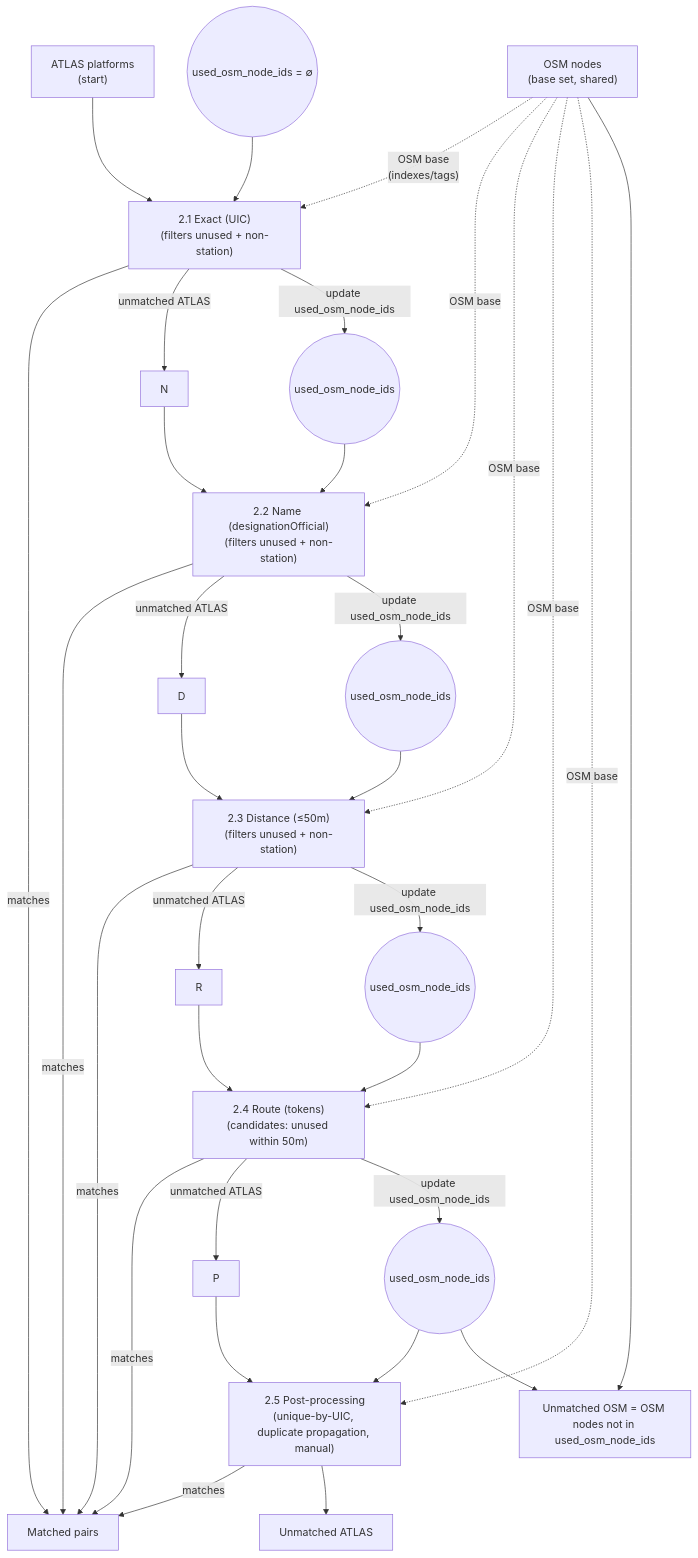
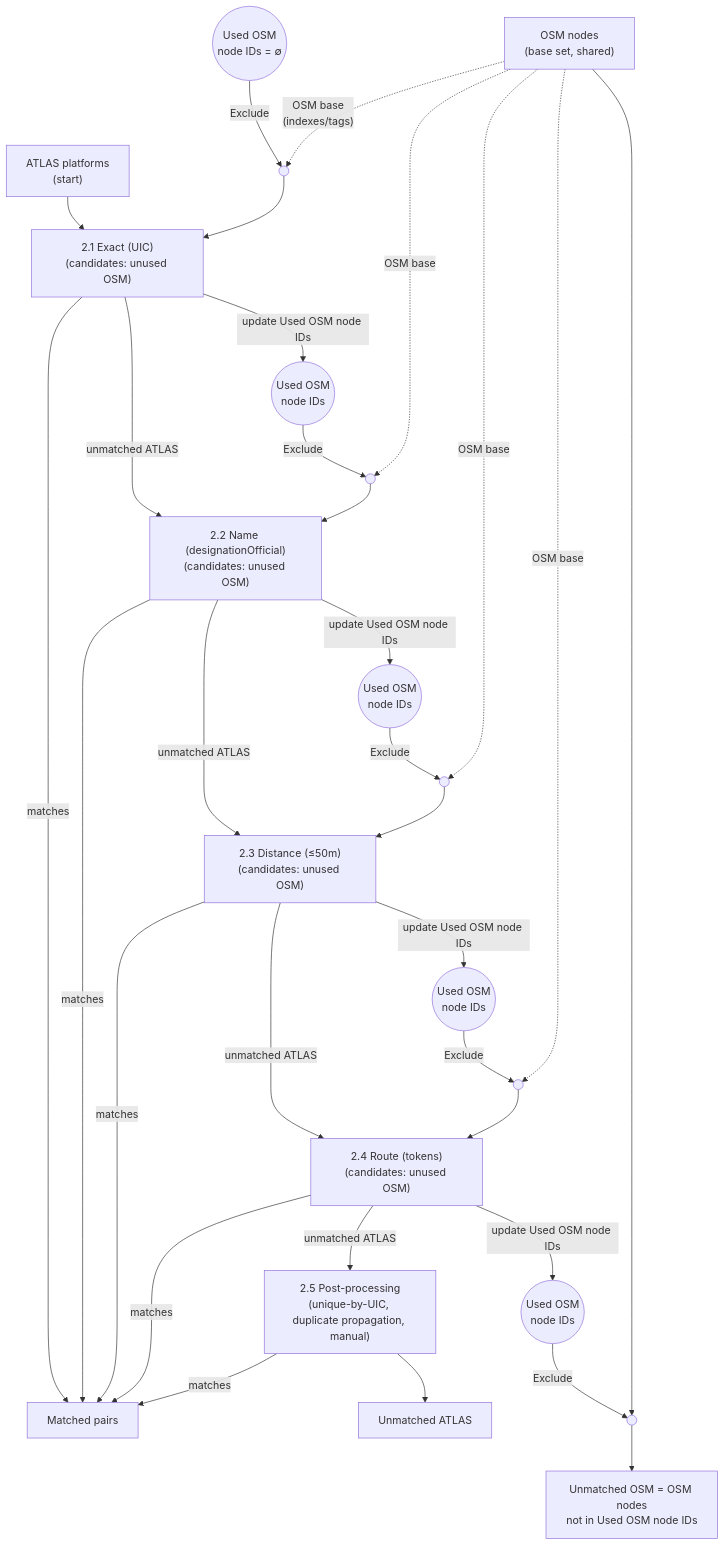
One commit to openTdataCH/stop_sync_osm_atlas changed the diagram in documentation/2. Matching process.md. Above: the diagram before and after it, drawn with Mermaid. The commit also changed 6 other files, not shown here.

````diff
--- a/documentation/2. Matching process.md
+++ b/documentation/2. Matching process.md
@@ -33,49 +33,54 @@
 ```mermaid
 flowchart TB
     A0["ATLAS platforms<br/>(start)"]
     O0["OSM nodes<br/>(base set, shared)"]
-    U0(("used_osm_node_ids = ∅"))
+    U0(("Used OSM<br/>node IDs = ∅"))
 
     A0 --> E
-    O0 -.->|"OSM base<br/>(indexes/tags)"| E
-    U0 --> E
-    E["2.1 Exact (UIC)<br/>(filters unused + non-station)"]
+    
+    O0 -.->|"OSM base<br/>(indexes/tags)"| F1(( ))
+    U0 -->|"Exclude"| F1
+    F1 --> E
+
+    E["2.1 Exact (UIC)<br/>(candidates: unused OSM)"]
     E -->|"matches"| M
-    E -->|"unmatched ATLAS"| N
-    E -->|"update used_osm_node_ids"| U1(("used_osm_node_ids"))
+    E -->|"unmatched ATLAS"| NM
+    E -->|"update Used OSM node IDs"| U1(("Used OSM<br/>node IDs"))
 
-    N --> NM
-    O0 -.->|"OSM base"| NM
-    U1 --> NM
-    NM["2.2 Name (designationOfficial)<br/>(filters unused + non-station)"]
+    O0 -.->|"OSM base"| F2(( ))
+    U1 -->|"Exclude"| F2
+    F2 --> NM
+
+    NM["2.2 Name (designationOfficial)<br/>(candidates: unused OSM)"]
     NM -->|"matches"| M
-    NM -->|"unmatched ATLAS"| D
-    NM -->|"update used_osm_node_ids"| U2(("used_osm_node_ids"))
+    NM -->|"unmatched ATLAS"| DM
+    NM -->|"update Used OSM node IDs"| U2(("Used OSM<br/>node IDs"))
 
-    D --> DM
-    O0 -.->|"OSM base"| DM
-    U2 --> DM
-    DM["2.3 Distance (≤50m)<br/>(filters unused + non-station)"]
+    O0 -.->|"OSM base"| F3(( ))
+    U2 -->|"Exclude"| F3
+    F3 --> DM
+
+    DM["2.3 Distance (≤50m)<br/>(candidates: unused OSM)"]
     DM -->|"matches"| M
-    DM -->|"unmatched ATLAS"| R
-    DM -->|"update used_osm_node_ids"| U3(("used_osm_node_ids"))
+    DM -->|"unmatched ATLAS"| RM
+    DM -->|"update Used OSM node IDs"| U3(("Used OSM<br/>node IDs"))
 
-    R --> RM
-    O0 -.->|"OSM base"| RM
-    U3 --> RM
-    RM["2.4 Route (tokens)<br/>(candidates: unused within 50m)"]
+    O0 -.->|"OSM base"| F4(( ))
+    U3 -->|"Exclude"| F4
+    F4 --> RM
+
+    RM["2.4 Route (tokens)<br/>(candidates: unused OSM)"]
     RM -->|"matches"| M
-    RM -->|"unmatched ATLAS"| P
-    RM -->|"update used_osm_node_ids"| U4(("used_osm_node_ids"))
+    RM -->|"unmatched ATLAS"| PM
+    RM -->|"update Used OSM node IDs"| U4(("Used OSM<br/>node IDs"))
 
-    P --> PM
-    O0 -.->|"OSM base"| PM
-    U4 --> PM
     PM["2.5 Post-processing<br/>(unique-by-UIC, duplicate propagation, manual)"]
     PM -->|"matches"| M["Matched pairs"]
     PM --> UA["Unmatched ATLAS"]
 
-    O0 --> UO
-    U4 --> UO
-    UO["Unmatched OSM = OSM nodes not in used_osm_node_ids"]
+    O0 --> F5(( ))
+    U4 -->|"Exclude"| F5
+    F5 --> UO
+
+    UO["Unmatched OSM = OSM nodes<br/>not in Used OSM node IDs"]
 ```
````
